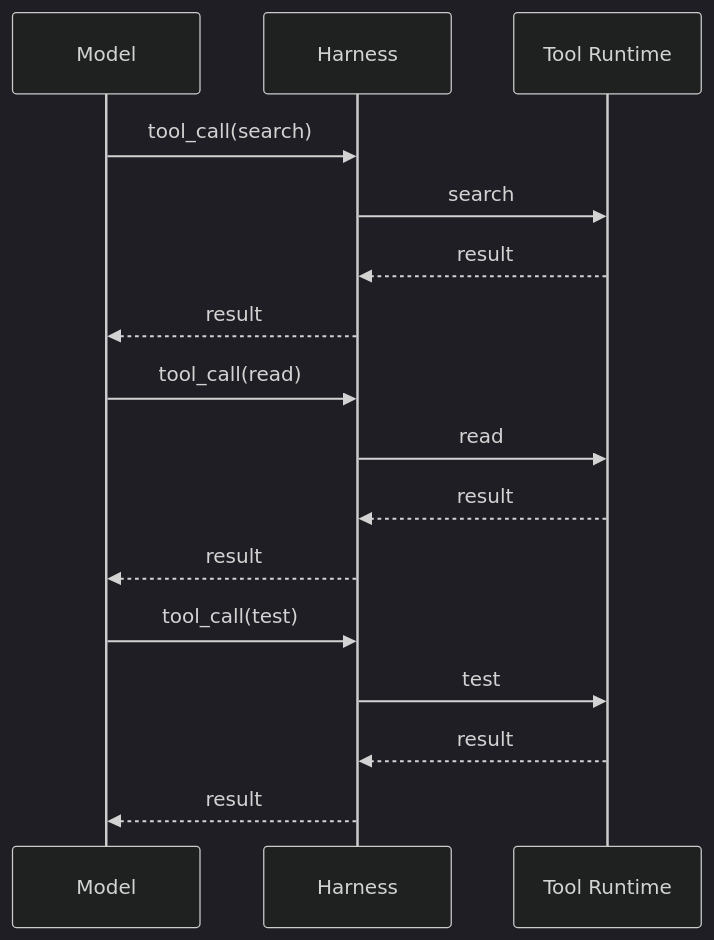
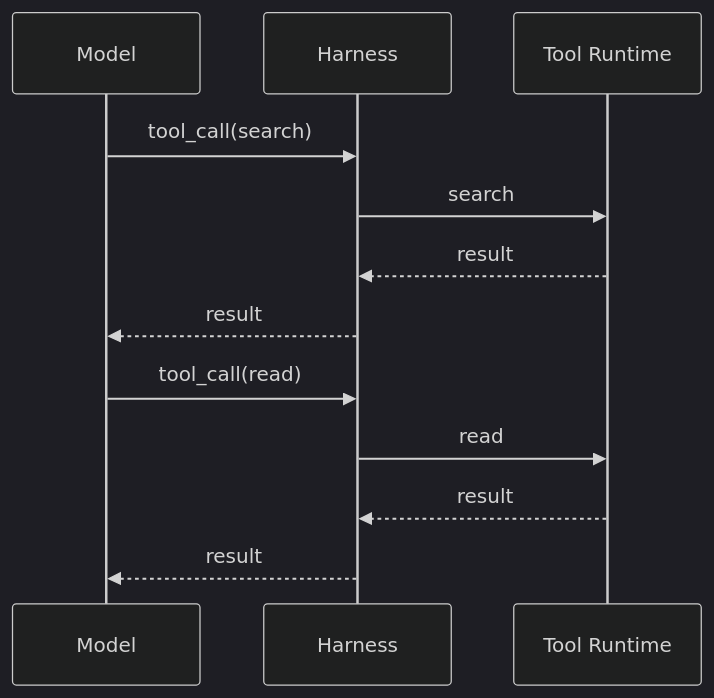
One commit to indigofeather/harness-book changed the first of 5 diagrams in docs/deepseek/code-mode-and-plugins.md. Above: the diagram before and after it, drawn with Mermaid (dark theme). The commit also changed other lines of this file and 48 other files, not shown here.

````diff
--- a/docs/deepseek/code-mode-and-plugins.md
+++ b/docs/deepseek/code-mode-and-plugins.md
@@ -17,19 +13,15 @@
 ```mermaid
 sequenceDiagram
   participant M as Model
   participant H as Harness
   participant T as Tool Runtime
 
   M->>H: tool_call(search)
   H->>T: search
   T-->>H: result
   H-->>M: result
   M->>H: tool_call(read)
   H->>T: read
   T-->>H: result
   H-->>M: result
-  M->>H: tool_call(test)
-  H->>T: test
-  T-->>H: result
-  H-->>M: result
 ```
````
